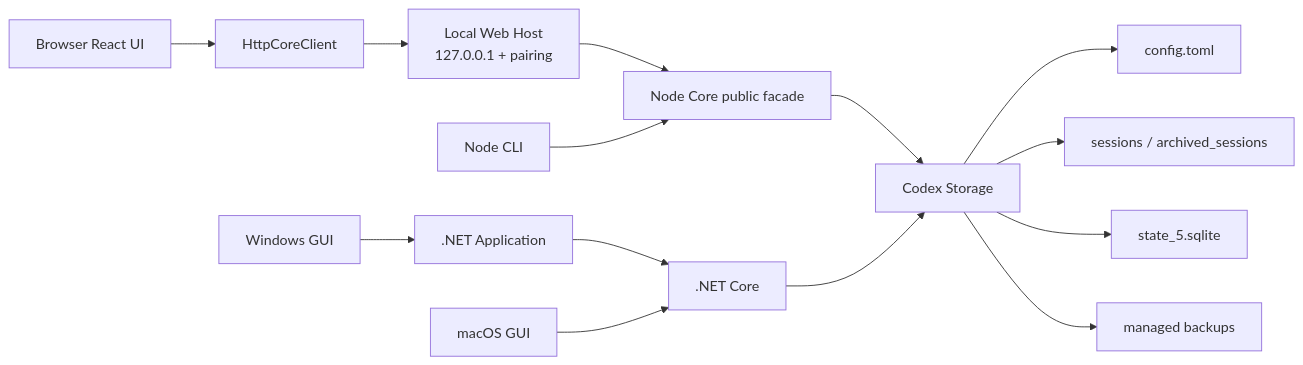
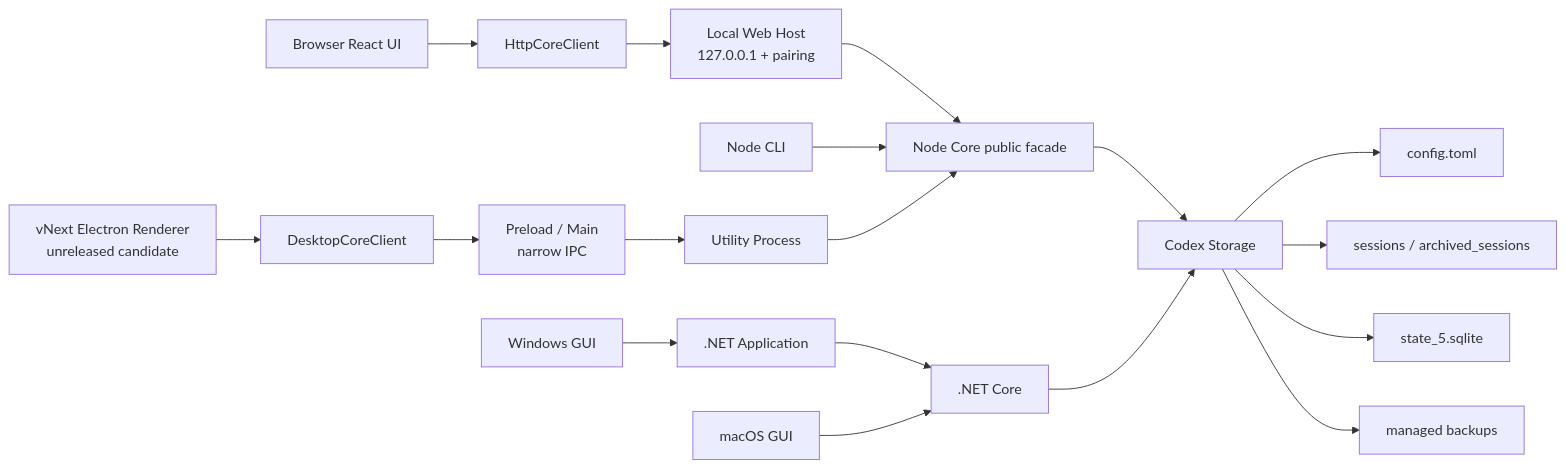
The diagram in README.md (Dailin521/codex-provider-sync), drawn with Mermaid before and after one commit. The commit also changed other lines of this file and 21 other files, not shown here.

````diff
--- a/README.md
+++ b/README.md
@@ -124,19 +128,24 @@
 ```mermaid
 flowchart LR
     Browser["Browser React UI"] --> HttpClient["HttpCoreClient"]
     HttpClient --> WebServer["Local Web Host<br/>127.0.0.1 + pairing"]
     WebServer --> NodeCore["Node Core public facade"]
     CLI["Node CLI"] --> NodeCore
+
+    ElectronRenderer["vNext Electron Renderer<br/>unreleased candidate"] --> DesktopClient["DesktopCoreClient"]
+    DesktopClient --> ElectronHost["Preload / Main<br/>narrow IPC"]
+    ElectronHost --> Utility["Utility Process"]
+    Utility --> NodeCore
 
     WindowsGUI["Windows GUI"] --> Application[".NET Application"]
     Application --> DotNetCore[".NET Core"]
     MacGUI["macOS GUI"] --> DotNetCore
 
     NodeCore --> Storage["Codex Storage"]
     DotNetCore --> Storage
 
     Storage --> Config["config.toml"]
     Storage --> Rollouts["sessions / archived_sessions"]
     Storage --> SQLite["state_5.sqlite"]
     Storage --> Backups["managed backups"]
 ```
````
